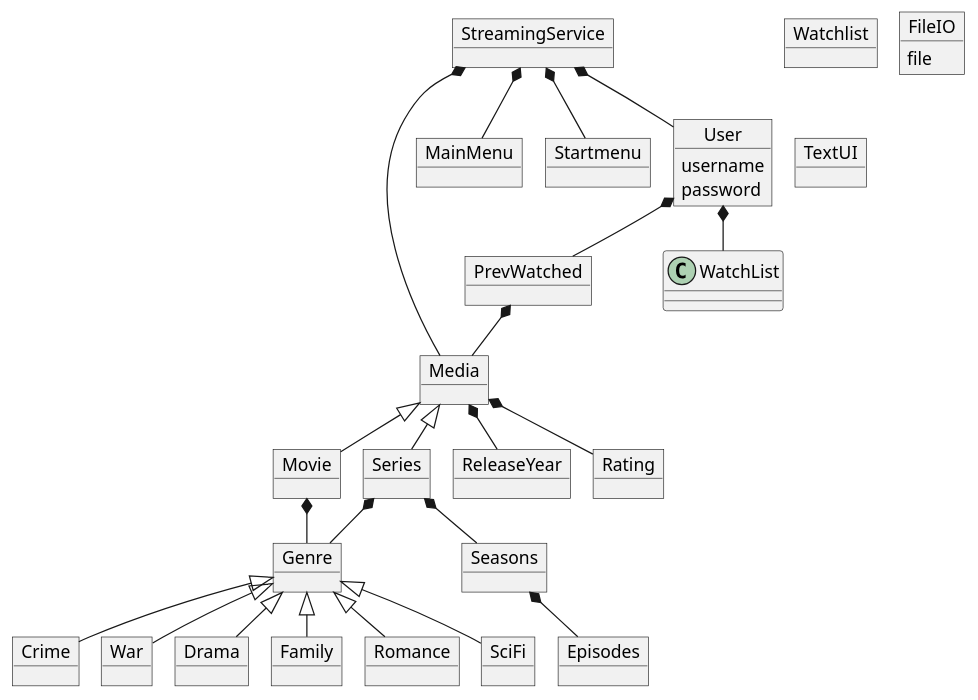
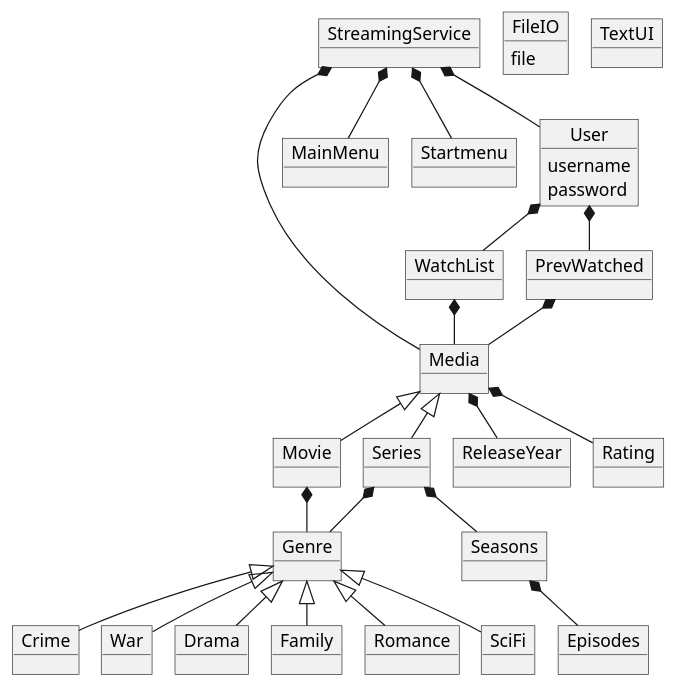
One commit to EmilDagsberg/SP3 changed the diagram in doc/domainmodel/domain v1.puml. Above: the diagram before and after it, drawn with PlantUML.

Commit message:
Domainmodel

```diff
--- a/doc/domainmodel/domain v1.puml
+++ b/doc/domainmodel/domain v1.puml
@@ -1,66 +1,67 @@
 @startuml
 !pragma layout smetana
 'https://plantuml.com/sequence-diagram
 
 object StreamingService
 
 object Media
 
 object MainMenu
 object Startmenu
 object Movie
 object Series
 object Genre
 object Crime
 object War
 object Drama
 object Family
 object Romance
 object SciFi
 object Seasons
 object Episodes
 object ReleaseYear
 object Rating
 object User
 User : username
 User : password
-object Watchlist
+object WatchList
 object PrevWatched
 
 
 
 
 
 object FileIO
 FileIO : file
 object TextUI
 
 
 
 
 StreamingService *-- Media
 StreamingService *-- MainMenu
 StreamingService *-- Startmenu
 StreamingService *-- User
 Media <|-- Movie
 Media <|-- Series
 Movie *-- Genre
 Series *-- Genre
 Genre <|-- Crime
 Genre <|-- War
 Genre <|-- Drama
 Genre <|-- Family
 Genre <|-- Romance
 Genre <|-- SciFi
 Series *-- Seasons
 Seasons *-- Episodes
 Media *-- Rating
 Media *-- ReleaseYear
 User *-- PrevWatched
 User *-- WatchList
+WatchList *-- Media
 PrevWatched *-- Media
 
 
 
 
 @enduml
```
